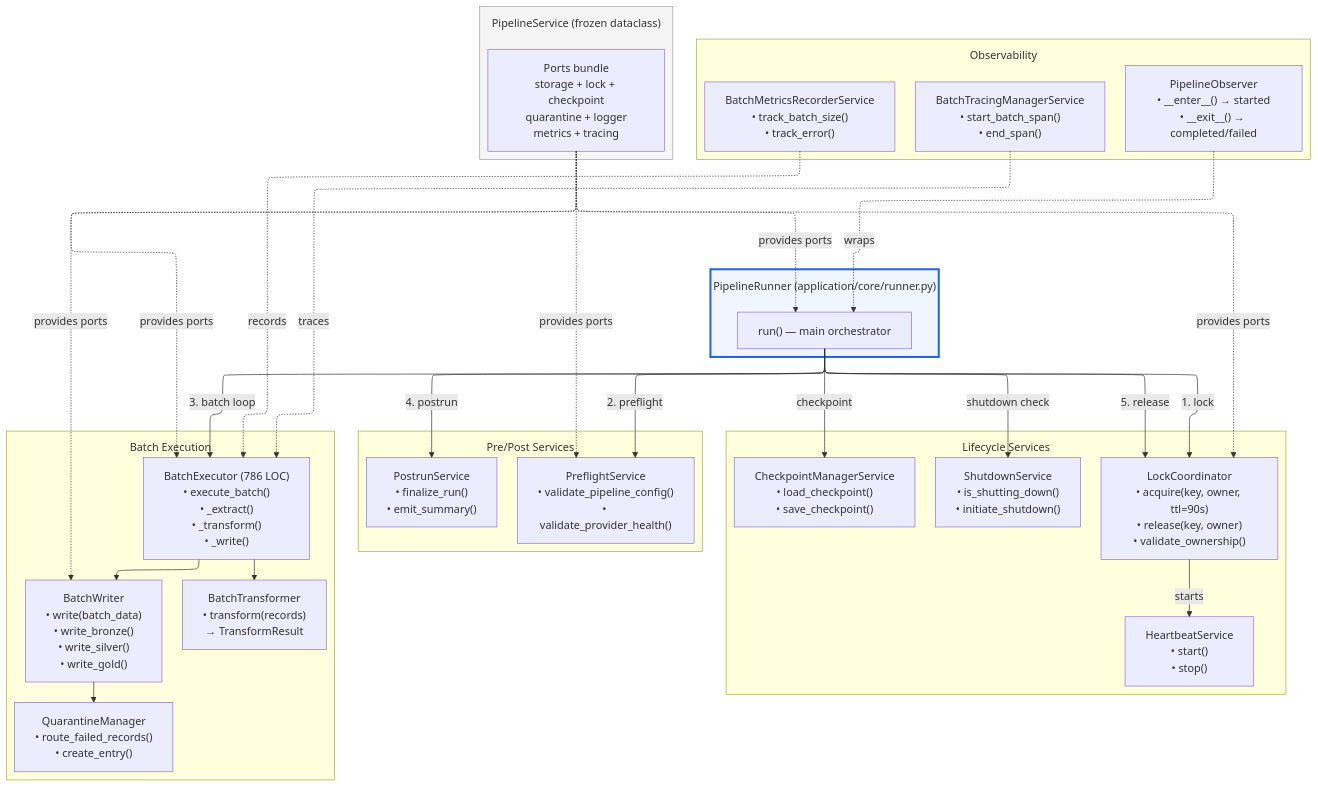
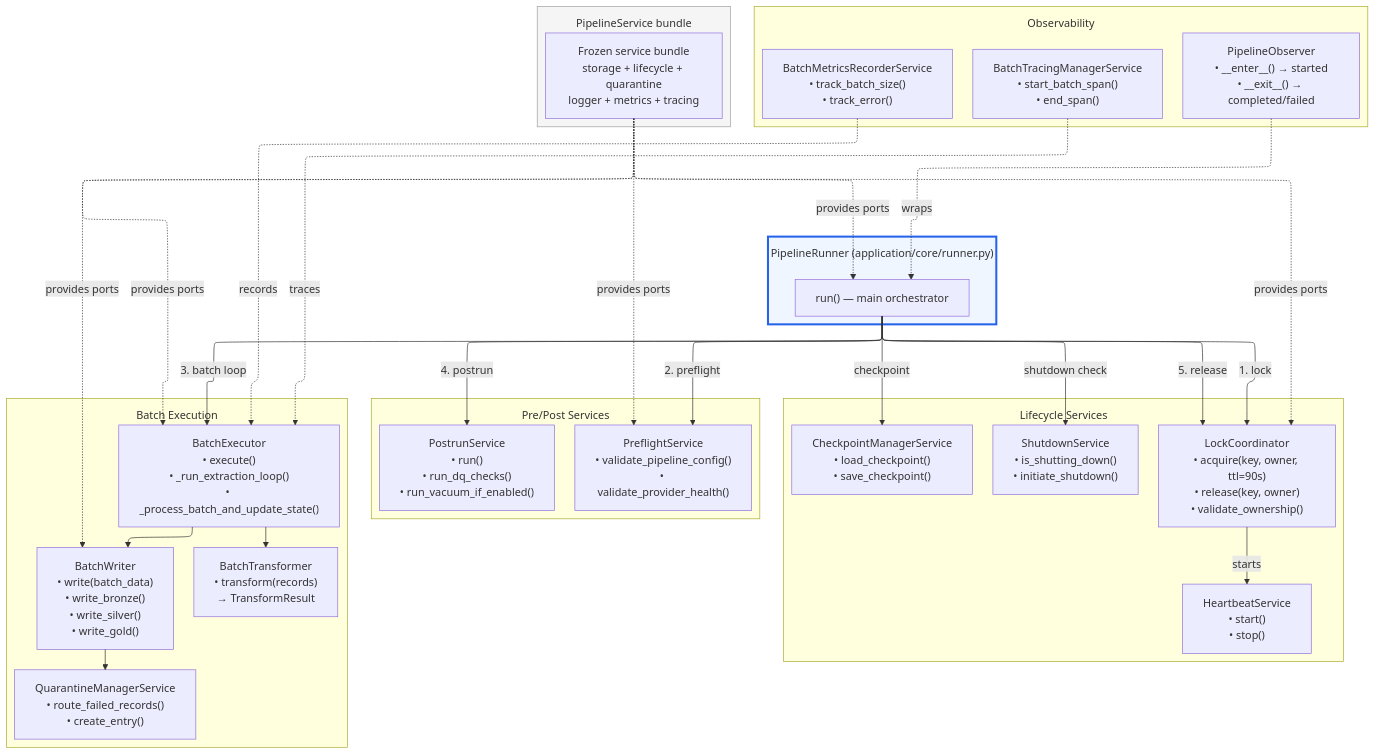
The diagram in docs/02-architecture/diagrams/foundation/40-application-core-collaboration.mmd (SatoryKono/BioactivityDataAcquisition), drawn with Mermaid before and after one commit. The commit also changed 6 other files, not shown here.

First line of the commit message:
Refactor composition & bootstrap diagrams

```diff
--- a/docs/02-architecture/diagrams/foundation/40-application-core-collaboration.mmd
+++ b/docs/02-architecture/diagrams/foundation/40-application-core-collaboration.mmd
@@ -1,84 +1,84 @@
 %% Title: Application Core Component Collaboration
 %% Covers: RULES.md §1.1 (Application Layer), application/core/
 %% Rank: 15 (Score 8.19) — PipelineRunner orchestration of all services
-%% Updated: 2026-02-17
+%% Updated: 2026-03-24
 
-%% @version 1.0.0
-%% @date    2026-02-24
+%% @version 1.1.0
+%% @date    2026-03-24
 %% @type    flowchart
 %% @level   Mixed (System / Component / Class)
 %% @nodes   15
 %%{init: {
   'flowchart': {
     'subGraphTitleMargin': { 'top': 12, 'bottom': 12 }
   },
   'layout': 'elk',
   'elk': {
     'mergeEdges': true,
     'nodePlacementStrategy': 'BRANDES_KOEPF',
     'edgeRouting': 'ORTHOGONAL'
   }
 }}%%
 %% @uniform width=256 height=144 max_title_len=25 max_desc_lines=6
 flowchart TB
     subgraph Runner["PipelineRunner (application/core/runner.py)"]
         RUN["run() — main orchestrator"]
     end
 
     subgraph Lifecycle["Lifecycle Services"]
         LM["LockCoordinator<br/>• acquire(key, owner, ttl=90s)<br/>• release(key, owner)<br/>• validate_ownership()"]
         HB["HeartbeatService<br/>• start()<br/>• stop()"]
         CM["CheckpointManagerService<br/>• load_checkpoint()<br/>• save_checkpoint()"]
         SD["ShutdownService<br/>• is_shutting_down()<br/>• initiate_shutdown()"]
     end
 
     subgraph Validation["Pre/Post Services"]
         PF["PreflightService<br/>• validate_pipeline_config()<br/>• validate_provider_health()"]
-        POST["PostrunService<br/>• finalize_run()<br/>• emit_summary()"]
+        POST["PostrunService<br/>• run()<br/>• run_dq_checks()<br/>• run_vacuum_if_enabled()"]
     end
 
     subgraph Execution["Batch Execution"]
-        BE["BatchExecutor (786 LOC)<br/>• execute_batch()<br/>• _extract()<br/>• _transform()<br/>• _write()"]
+        BE["BatchExecutor<br/>• execute()<br/>• _run_extraction_loop()<br/>• _process_batch_and_update_state()"]
         BT["BatchTransformer<br/>• transform(records)<br/>→ TransformResult"]
         BWR["BatchWriter<br/>• write(batch_data)<br/>• write_bronze()<br/>• write_silver()<br/>• write_gold()"]
-        QM["QuarantineManager<br/>• route_failed_records()<br/>• create_entry()"]
+        QM["QuarantineManagerService<br/>• route_failed_records()<br/>• create_entry()"]
     end
 
     subgraph Observability["Observability"]
         OBS["PipelineObserver<br/>• __enter__() → started<br/>• __exit__() → completed/failed"]
         BMR["BatchMetricsRecorderService<br/>• track_batch_size()<br/>• track_error()"]
         BTM["BatchTracingManagerService<br/>• start_batch_span()<br/>• end_span()"]
     end
 
-    subgraph Bundle["PipelineService (frozen dataclass)"]
-        PS["Ports bundle<br/>storage + lock + checkpoint<br/>quarantine + logger<br/>metrics + tracing"]
+    subgraph Bundle["PipelineService bundle"]
+        PS["Frozen service bundle<br/>storage + lifecycle + quarantine<br/>logger + metrics + tracing"]
     end
 
     %% Runner orchestration
     RUN -->|"1. lock"| LM
     LM -->|"starts"| HB
     RUN -->|"2. preflight"| PF
     RUN -->|"3. batch loop"| BE
     BE --> BT
     BE --> BWR
     BWR --> QM
     RUN -->|"4. postrun"| POST
     RUN -->|"5. release"| LM
     RUN -->|"checkpoint"| CM
     RUN -->|"shutdown check"| SD
 
     %% Observability wrapping
     OBS -.->|"wraps"| RUN
     BMR -.->|"records"| BE
     BTM -.->|"traces"| BE
 
     %% PipelineService dependencies for orchestration components
     PS -.->|"provides ports"| RUN
     PS -.->|"provides ports"| LM
     PS -.->|"provides ports"| PF
     PS -.->|"provides ports"| BE
     PS -.->|"provides ports"| BWR
 
     %% Styling
     style Runner fill:#eff6ff,stroke:#2563eb,stroke-width:3px
     style Bundle fill:#f5f5f5,stroke:#9e9e9e
```
